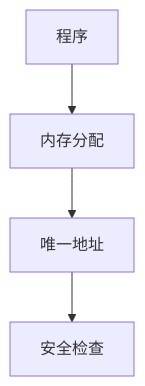
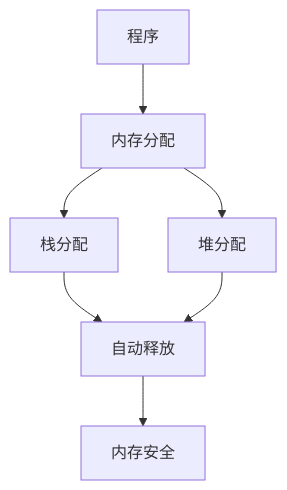
One commit to martin-ly/rust-lang changed the first of 2 diagrams in formal_rust/refactor/01_core_theory/03_memory_model/01_memory_model_theory.md. Above: the diagram before and after it, drawn with Mermaid. The commit also changed other lines of this file and 3863 other files, not shown here.

````diff
--- a/formal_rust/refactor/01_core_theory/03_memory_model/01_memory_model_theory.md
+++ b/formal_rust/refactor/01_core_theory/03_memory_model/01_memory_model_theory.md
@@ -100,6 +458,9 @@
 ```mermaid
 graph TD
-  A["程序"] --> B["内存分配"]
-  B --> C["唯一地址"]
-  C --> D["安全检查"]
+    A[程序] --> B[内存分配]
+    B --> C[栈分配]
+    B --> D[堆分配]
+    C --> E[自动释放]
+    D --> E
+    E --> F[内存安全]
 ```
````
